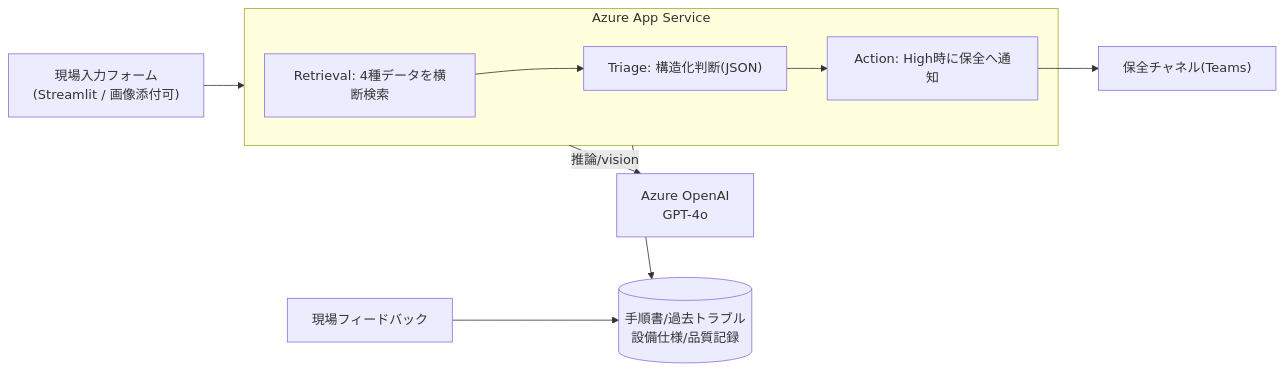
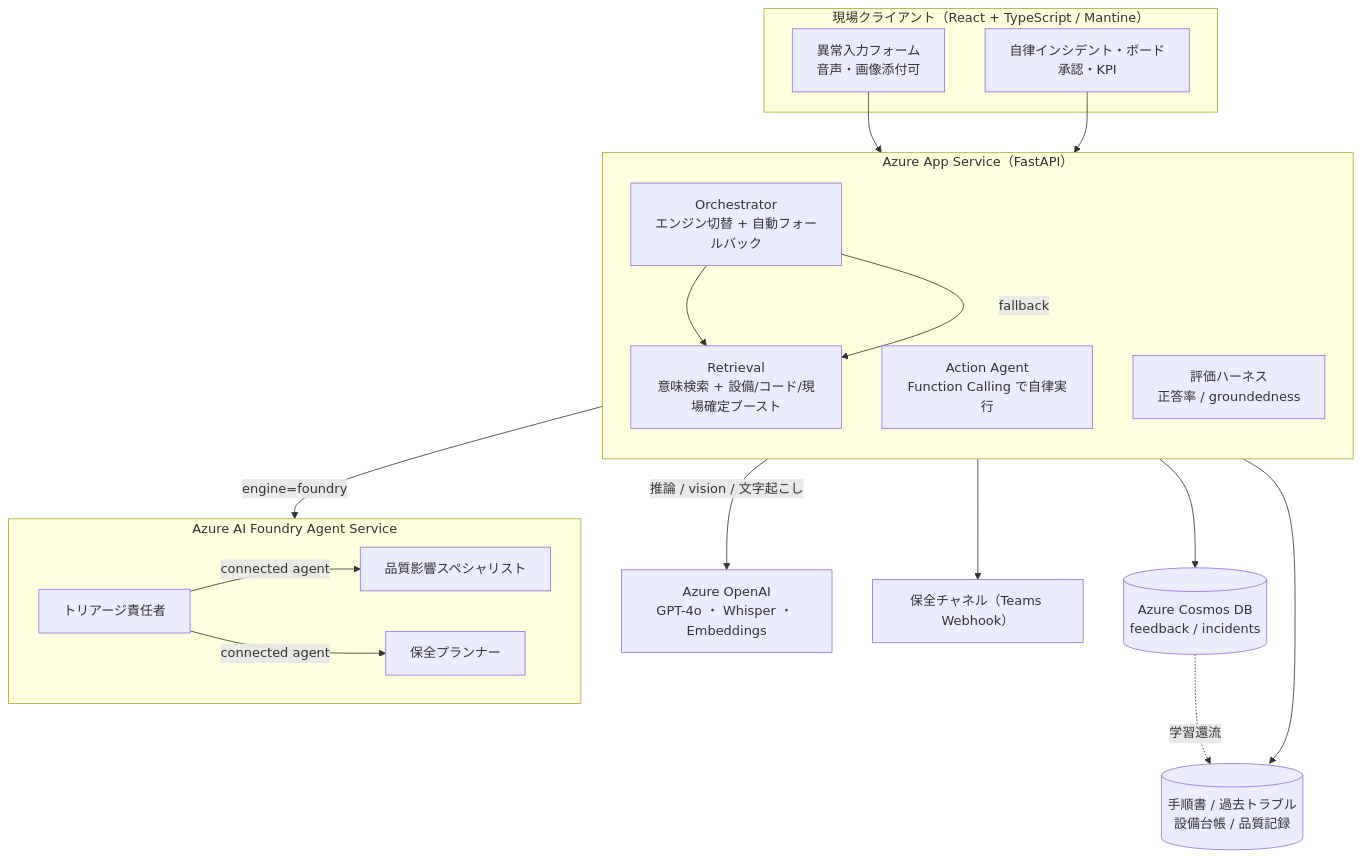
Before and after one commit to taito1587/triage-console: the first of 3 diagrams in ARTICLE.md, drawn with Mermaid. The commit also changed other lines of this file and 11 other files, not shown here.

Commit message:
プロジェクト現状を確定(UI刷新/インシデント・評価/堅牢化/ナレッジAPI拡充/記事・図プロンプト)

````diff
--- a/ARTICLE.md
+++ b/ARTICLE.md
@@ -60,14 +242,34 @@
 ```mermaid
-flowchart LR
-    UI["現場入力フォーム<br/>(Streamlit / 画像添付可)"] --> APP
-    subgraph APP["Azure App Service"]
-        R["Retrieval: 4種データを横断検索"]
-        T["Triage: 構造化判断(JSON)"]
-        A["Action: High時に保全へ通知"]
-        R --> T --> A
+flowchart TB
+    subgraph CLIENT["現場クライアント（React + TypeScript / Mantine）"]
+        UI["異常入力フォーム<br/>音声・画像添付可"]
+        BOARD["自律インシデント・ボード<br/>承認・KPI"]
     end
-    APP -->|推論/vision| AOAI["Azure OpenAI<br/>GPT-4o"]
-    APP --> KB[("手順書/過去トラブル<br/>設備仕様/品質記録")]
-    A --> TEAMS["保全チャネル(Teams)"]
-    FB["現場フィードバック"] --> KB
+
+    subgraph APP["Azure App Service（FastAPI）"]
+        direction TB
+        ORCH["Orchestrator<br/>エンジン切替 + 自動フォールバック"]
+        RET["Retrieval<br/>意味検索 + 設備/コード/現場確定ブースト"]
+        ACT["Action Agent<br/>Function Calling で自律実行"]
+        EVAL["評価ハーネス<br/>正答率 / groundedness"]
+    end
+
+    subgraph FOUNDRY["Azure AI Foundry Agent Service"]
+        MAIN["トリアージ責任者"]
+        Q["品質影響スペシャリスト"]
+        M["保全プランナー"]
+        MAIN -->|connected agent| Q
+        MAIN -->|connected agent| M
+    end
+
+    UI --> ORCH
+    BOARD --> ORCH
+    ORCH --> RET
+    ORCH -->|engine=foundry| FOUNDRY
+    ORCH -->|fallback| RET
+    RET --> KB[("手順書 / 過去トラブル<br/>設備台帳 / 品質記録")]
+    ORCH -->|推論 / vision / 文字起こし| AOAI["Azure OpenAI<br/>GPT-4o ・ Whisper ・ Embeddings"]
+    ACT --> TEAMS["保全チャネル（Teams Webhook）"]
+    ORCH --> COSMOS[("Azure Cosmos DB<br/>feedback / incidents")]
+    COSMOS -.学習還流.-> KB
 ```
````
